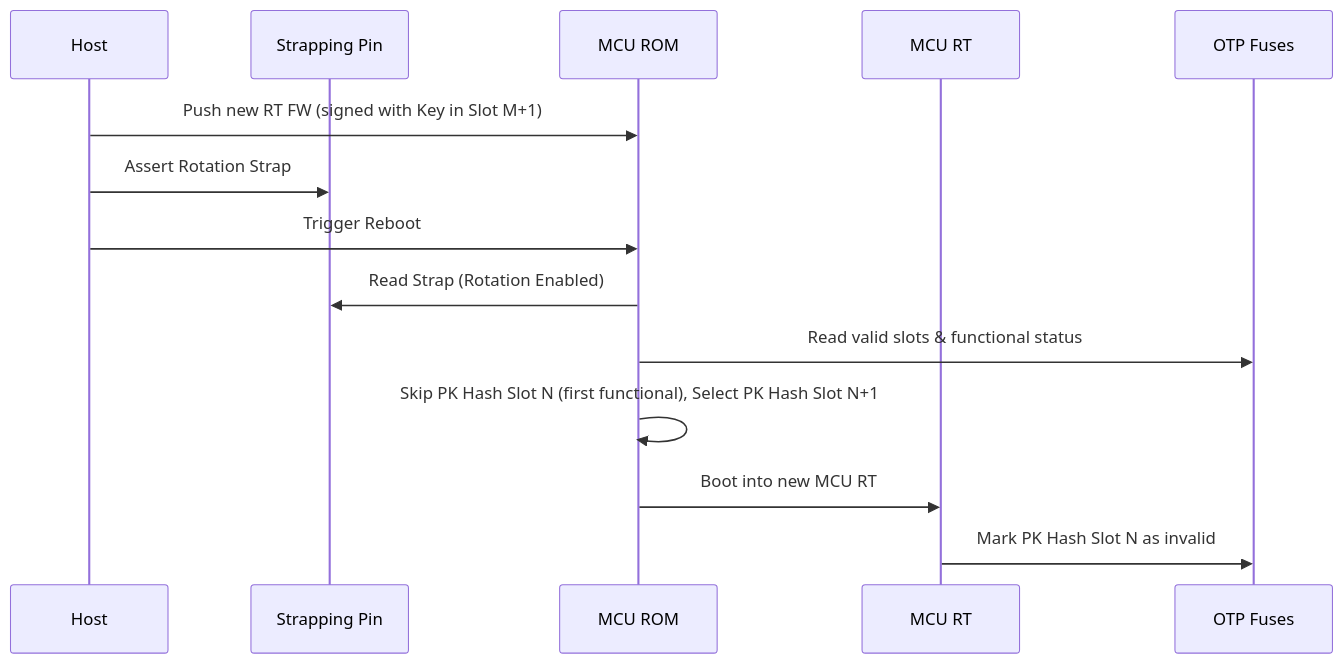
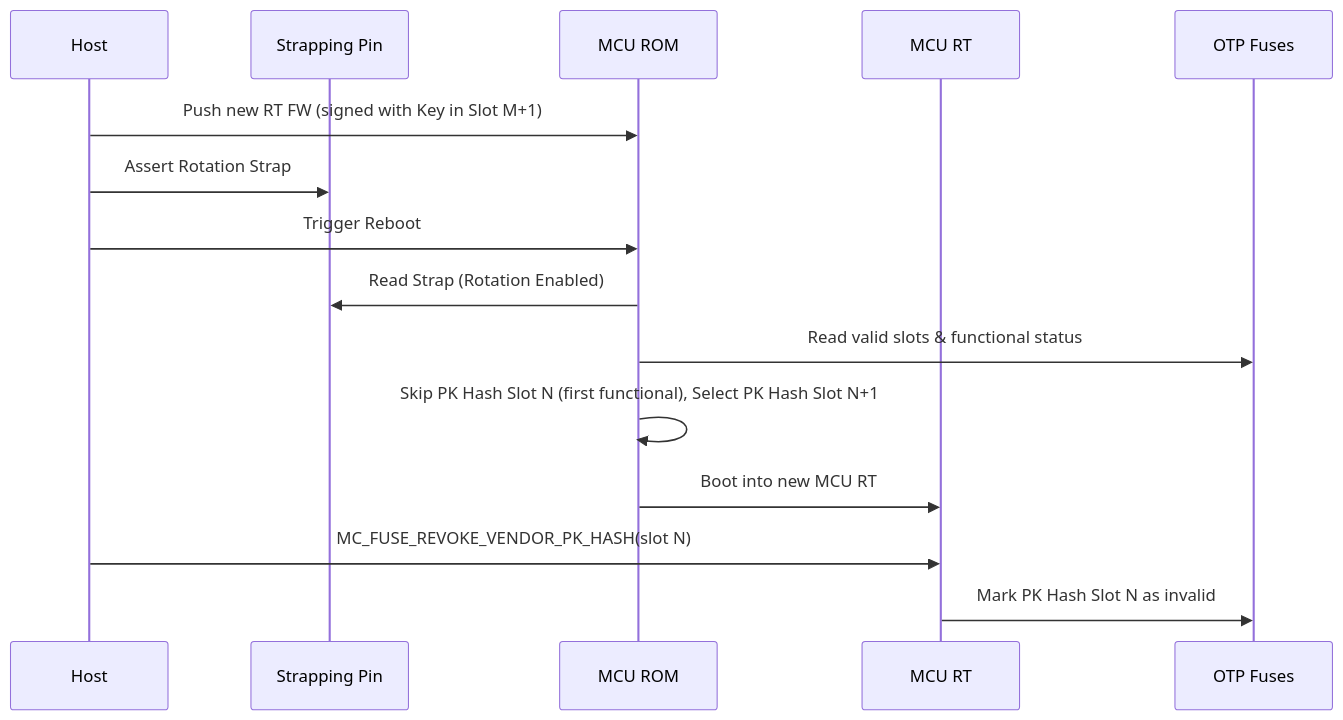
Before and after one commit to chipsalliance/caliptra-mcu-sw: the second of 2 diagrams in docs/src/integrator-guide.md, drawn with Mermaid. The commit also changed other lines of this file and 2 other files, not shown here.

````diff
--- a/docs/src/integrator-guide.md
+++ b/docs/src/integrator-guide.md
@@ -159,17 +177,18 @@
 ```mermaid
 sequenceDiagram
     participant Host
     participant Strapping as Strapping Pin
     participant MCU_ROM as MCU ROM
     participant MCU_RT as MCU RT
     participant Fuses as OTP Fuses
     
     Host->>MCU_ROM: Push new RT FW (signed with Key in Slot M+1)
     Host->>Strapping: Assert Rotation Strap
     Host->>MCU_ROM: Trigger Reboot
     MCU_ROM->>Strapping: Read Strap (Rotation Enabled)
     MCU_ROM->>Fuses: Read valid slots & functional status
     MCU_ROM->>MCU_ROM: Skip PK Hash Slot N (first functional), Select PK Hash Slot N+1
     MCU_ROM->>MCU_RT: Boot into new MCU RT
+    Host->>MCU_RT: MC_FUSE_REVOKE_VENDOR_PK_HASH(slot N)
     MCU_RT->>Fuses: Mark PK Hash Slot N as invalid
 ```
````
